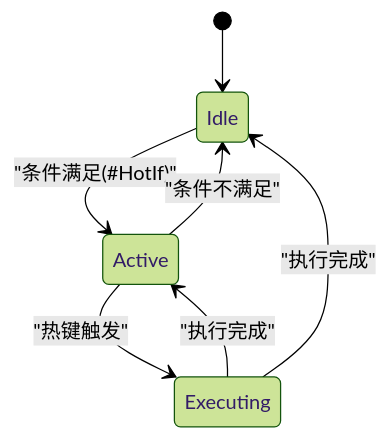
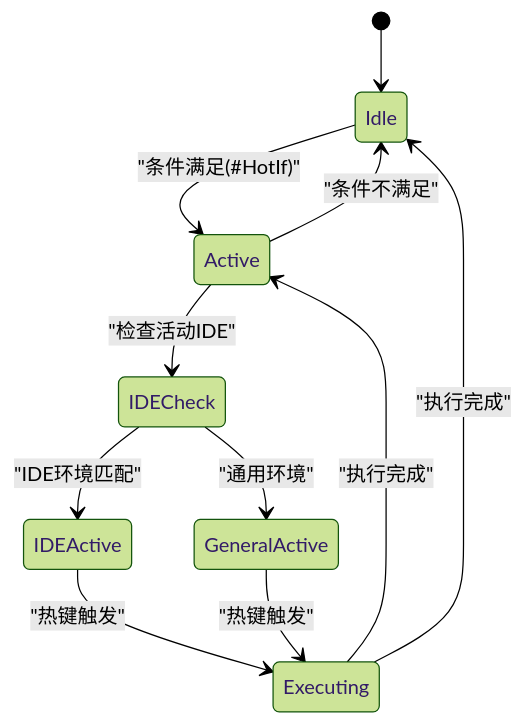
One commit to wangys-123doit/hotkey changed the sixth of 8 diagrams in .qoder/repowiki/zh/content/核心功能/热键管理系统.md. Above: the diagram before and after it, drawn with Mermaid (forest theme). The commit also changed other lines of this file and 3 other files, not shown here.

````diff
--- a/.qoder/repowiki/zh/content/核心功能/热键管理系统.md
+++ b/.qoder/repowiki/zh/content/核心功能/热键管理系统.md
@@ -184,9 +231,13 @@
 ```mermaid
 stateDiagram-v2
 [*] --> Idle
 Idle --> Active : "条件满足(#HotIf)"
-Active --> Executing : "热键触发"
+Active --> IDECheck : "检查活动IDE"
+IDECheck --> IDEActive : "IDE环境匹配"
+IDECheck --> GeneralActive : "通用环境"
+IDEActive --> Executing : "热键触发"
+GeneralActive --> Executing : "热键触发"
 Executing --> Active : "执行完成"
 Active --> Idle : "条件不满足"
 Executing --> Idle : "执行完成"
 ```
````
